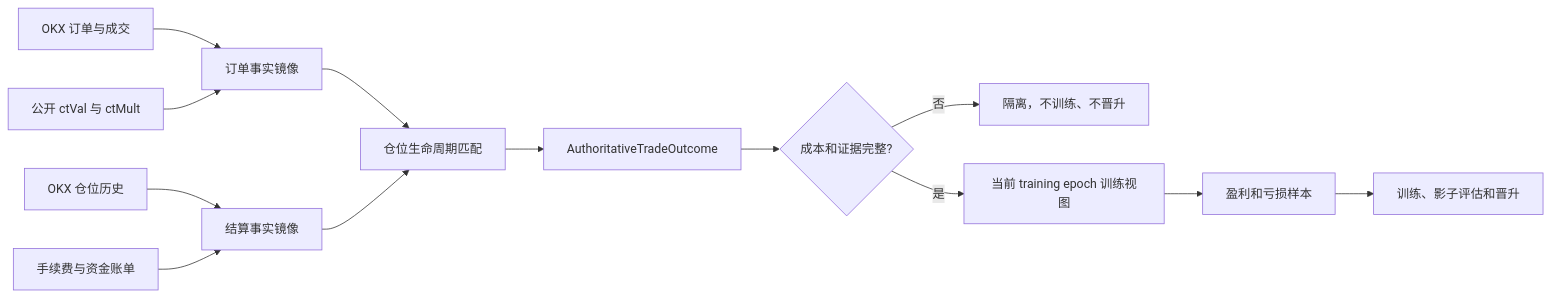
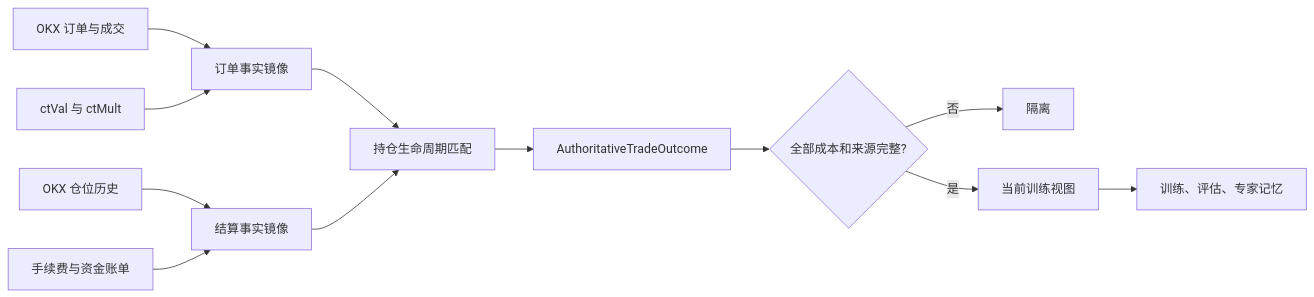
The second of 5 diagrams in docs/system_business_logic_tech_stack_models_2026-07-26.md (xyuun188/bb), drawn with Mermaid before and after one commit. The commit also changed other lines of this file, not shown here.

````diff
--- a/docs/system_business_logic_tech_stack_models_2026-07-26.md
+++ b/docs/system_business_logic_tech_stack_models_2026-07-26.md
@@ -250,15 +349,14 @@
 ```mermaid
 flowchart LR
     A["OKX 订单与成交"] --> E["订单事实镜像"]
     B["OKX 仓位历史"] --> F["结算事实镜像"]
     C["手续费与资金账单"] --> F
-    D["公开 ctVal 与 ctMult"] --> E
-    E --> G["仓位生命周期匹配"]
+    D["ctVal 与 ctMult"] --> E
+    E --> G["持仓生命周期匹配"]
     F --> G
     G --> H["AuthoritativeTradeOutcome"]
-    H --> I{"成本和证据完整?"}
-    I -->|"否"| J["隔离，不训练、不晋升"]
-    I -->|"是"| K["当前 training epoch 训练视图"]
-    K --> L["盈利和亏损样本"]
-    L --> M["训练、影子评估和晋升"]
+    H --> I{"全部成本和来源完整?"}
+    I -->|"否"| J["隔离"]
+    I -->|"是"| K["当前训练视图"]
+    K --> L["训练、评估、专家记忆"]
 ```
````
